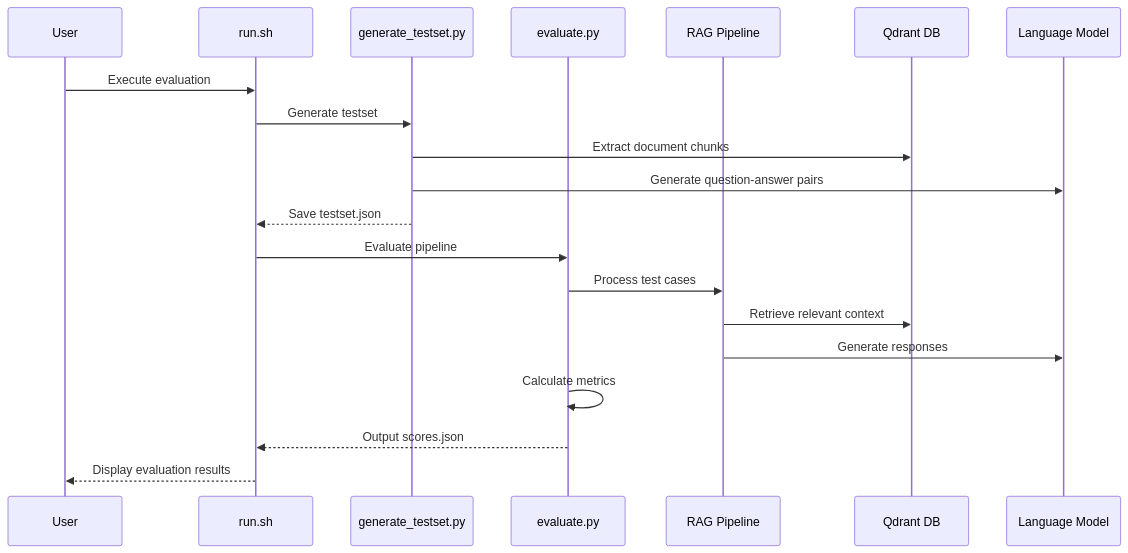
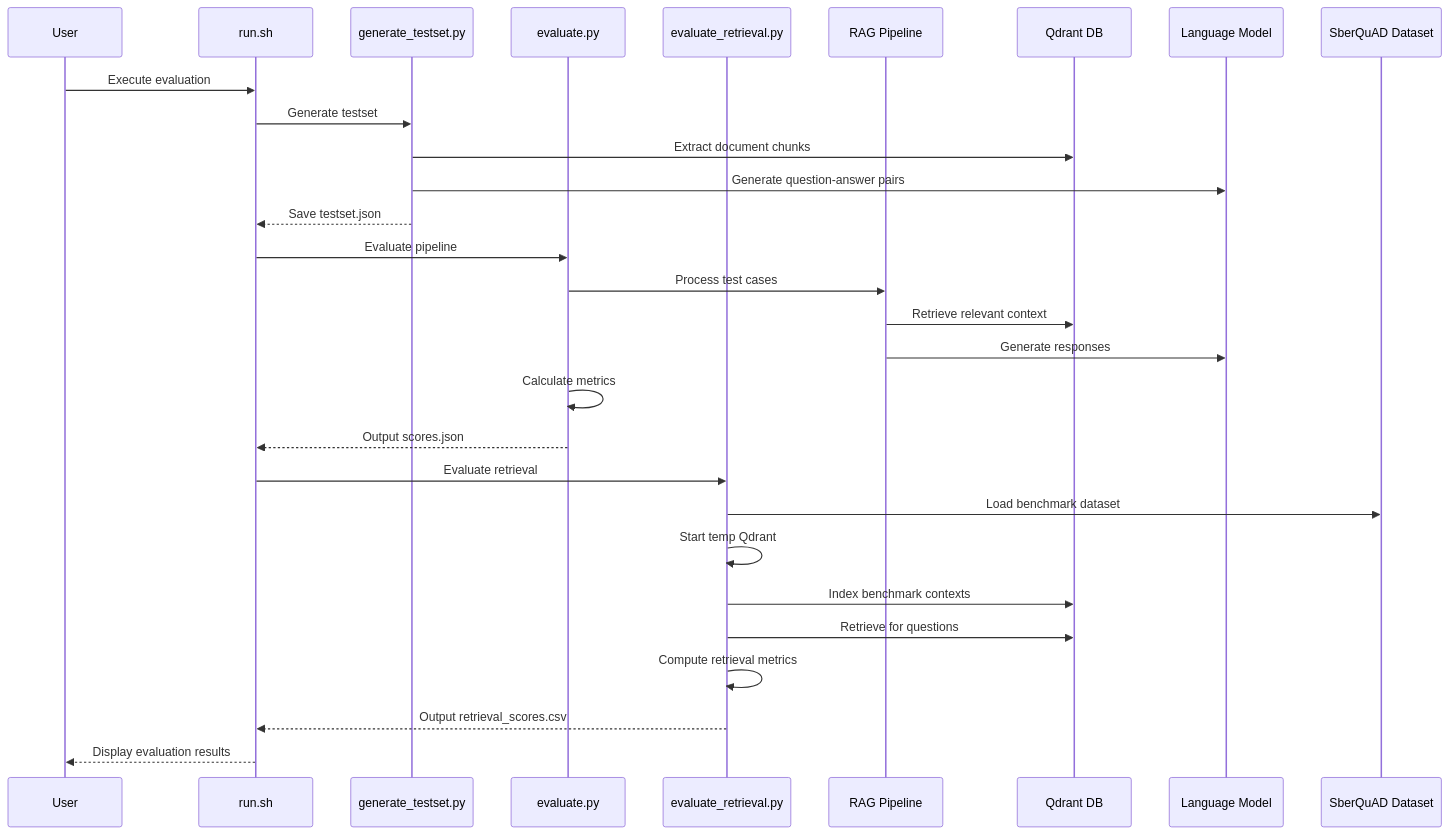
Before and after one commit to ognelis/cafetera_hr_bot: the second of 6 diagrams in .qoder/repowiki/en/content/Testing Strategy/RAGAS Quality Evaluation Framework.md, drawn with Mermaid. The commit also changed other lines of this file and 10 other files, not shown here.

````diff
--- a/.qoder/repowiki/en/content/Testing Strategy/RAGAS Quality Evaluation Framework.md
+++ b/.qoder/repowiki/en/content/Testing Strategy/RAGAS Quality Evaluation Framework.md
@@ -126,22 +160,31 @@
 ```mermaid
 sequenceDiagram
 participant User as User
 participant Runner as run.sh
 participant Generator as generate_testset.py
 participant Evaluator as evaluate.py
+participant RetEvaluator as evaluate_retrieval.py
 participant RAG as RAG Pipeline
 participant Qdrant as Qdrant DB
 participant LLM as Language Model
+participant SberQuAD as SberQuAD Dataset
 User->>Runner : Execute evaluation
 Runner->>Generator : Generate testset
 Generator->>Qdrant : Extract document chunks
 Generator->>LLM : Generate question-answer pairs
 Generator-->>Runner : Save testset.json
 Runner->>Evaluator : Evaluate pipeline
 Evaluator->>RAG : Process test cases
 RAG->>Qdrant : Retrieve relevant context
 RAG->>LLM : Generate responses
 Evaluator->>Evaluator : Calculate metrics
 Evaluator-->>Runner : Output scores.json
+Runner->>RetEvaluator : Evaluate retrieval
+RetEvaluator->>SberQuAD : Load benchmark dataset
+RetEvaluator->>RetEvaluator : Start temp Qdrant
+RetEvaluator->>Qdrant : Index benchmark contexts
+RetEvaluator->>Qdrant : Retrieve for questions
+RetEvaluator->>RetEvaluator : Compute retrieval metrics
+RetEvaluator-->>Runner : Output retrieval_scores.csv
 Runner-->>User : Display evaluation results
 ```
````
